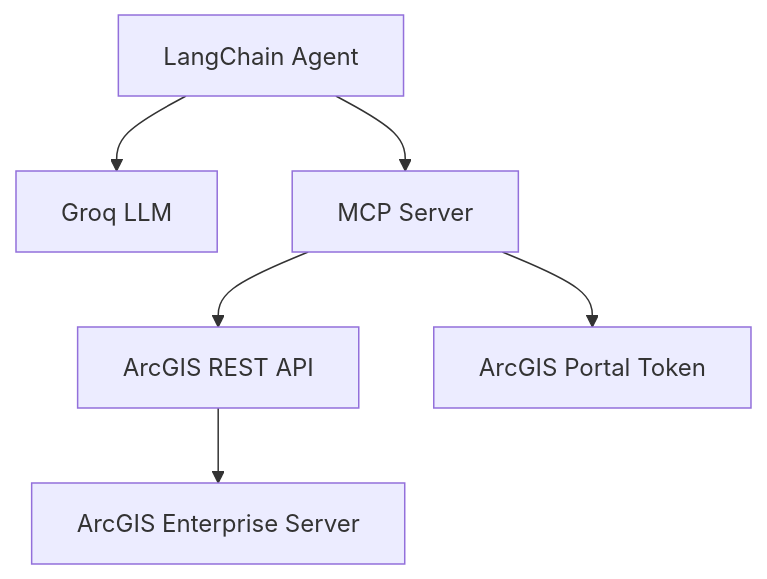
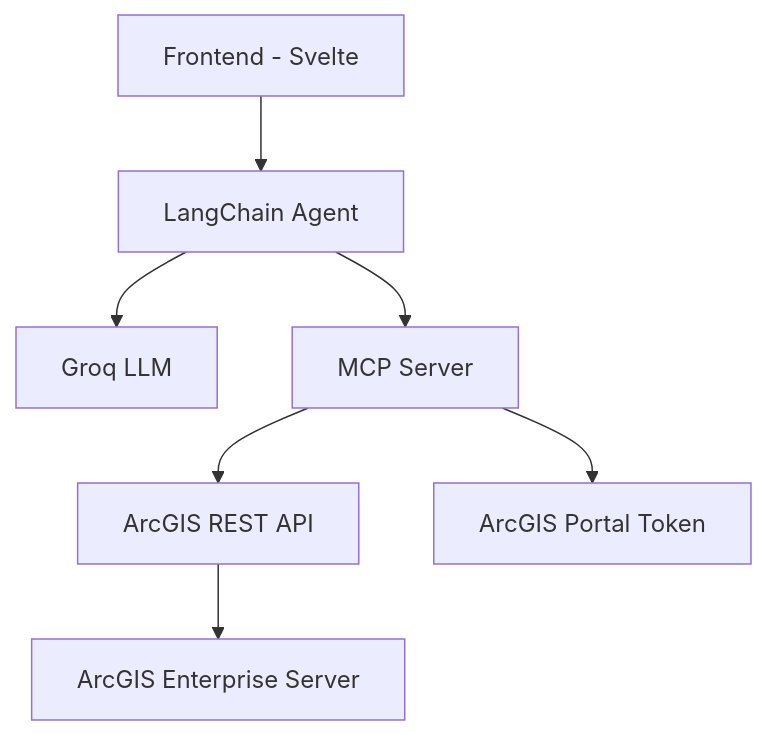
One commit to Suizer98/docker-arcgis-enterprise changed the diagram in README.md. Above: the diagram before and after it, drawn with Mermaid. The commit also changed other lines of this file and 56 other files, not shown here.

Commit message:
Added a Svelte frontend

````diff
--- a/README.md
+++ b/README.md
@@ -13,8 +13,9 @@
 ```mermaid
 graph TB
-    A[LangChain Agent] --> B[Groq LLM]
-    A --> C[MCP Server]
-    C --> D[ArcGIS REST API]
-    C --> E[ArcGIS Portal Token]
-    D --> F[ArcGIS Enterprise Server]
+    A[Frontend - Svelte] --> B[LangChain Agent]
+    B --> C[Groq LLM]
+    B --> D[MCP Server]
+    D --> E[ArcGIS REST API]
+    D --> F[ArcGIS Portal Token]
+    E --> G[ArcGIS Enterprise Server]
 ```
````
